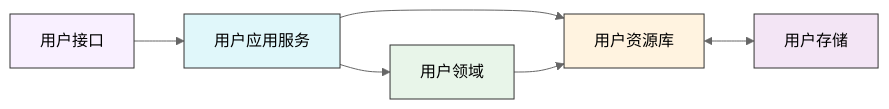
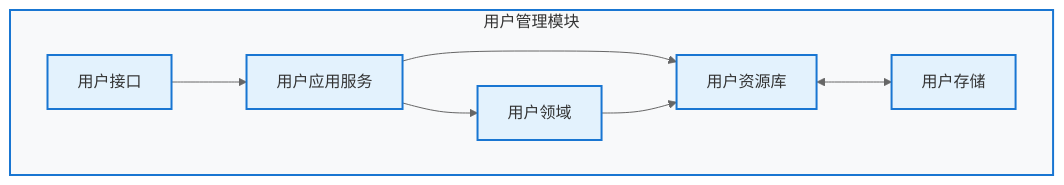
Before and after one commit to LeonColes/OSS-BackEnd: the fifth of 16 diagrams in docs/architecture.md, drawn with Mermaid (neutral theme). The commit also changed other lines of this file, not shown here.

````diff
--- a/docs/architecture.md
+++ b/docs/architecture.md
@@ -326,14 +372,19 @@
 ```mermaid
 flowchart LR
-    UI[用户接口] --> AS[用户应用服务]
-    AS --> DM[用户领域]
-    AS --> UR[用户资源库]
-    DM --> UR
-    UR <--> US[用户存储]
+    subgraph UserModule[用户管理模块]
+        direction LR
+        UI[用户接口] --> AS[用户应用服务]
+        AS --> DM[用户领域]
+        AS --> UR[用户资源库]
+        DM --> UR
+        UR <--> US[用户存储]
+    end
     
-    style UI fill:#f9f0ff,stroke:#333,stroke-width:1px
-    style AS fill:#e0f7fa,stroke:#333,stroke-width:1px
-    style DM fill:#e8f5e9,stroke:#333,stroke-width:1px
-    style UR fill:#fff3e0,stroke:#333,stroke-width:1px
-    style US fill:#f3e5f5,stroke:#333,stroke-width:1px
+    %% 样式设置 - 明亮风格
+    classDef userModuleStyle fill:#e3f2fd,stroke:#1976d2,stroke-width:2px,color:#333
+    
+    class UI,AS,DM,UR,US userModuleStyle
+    
+    %% 设置子图样式
+    style UserModule fill:#f8f9fa,stroke:#1976d2,stroke-width:2px,color:#333
 ```
````
